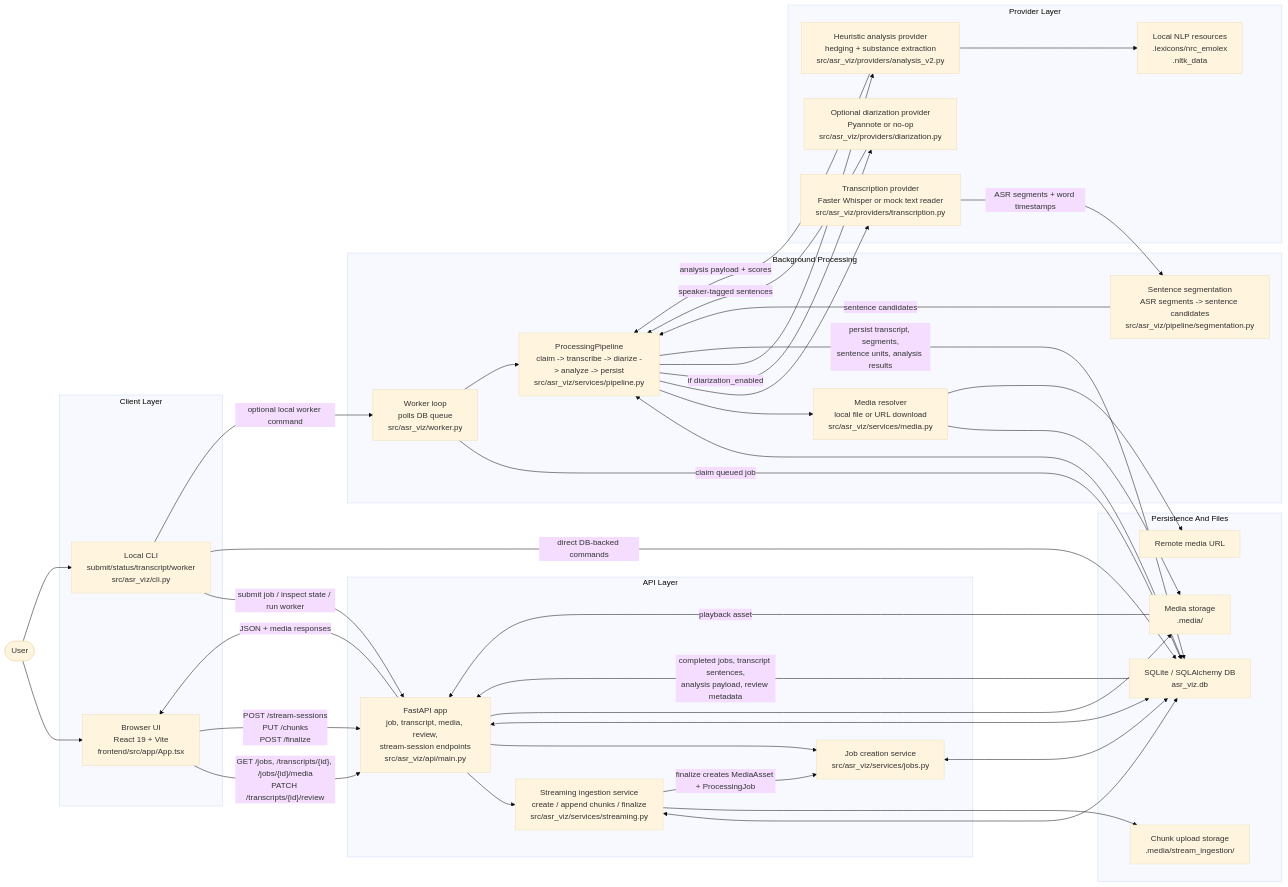
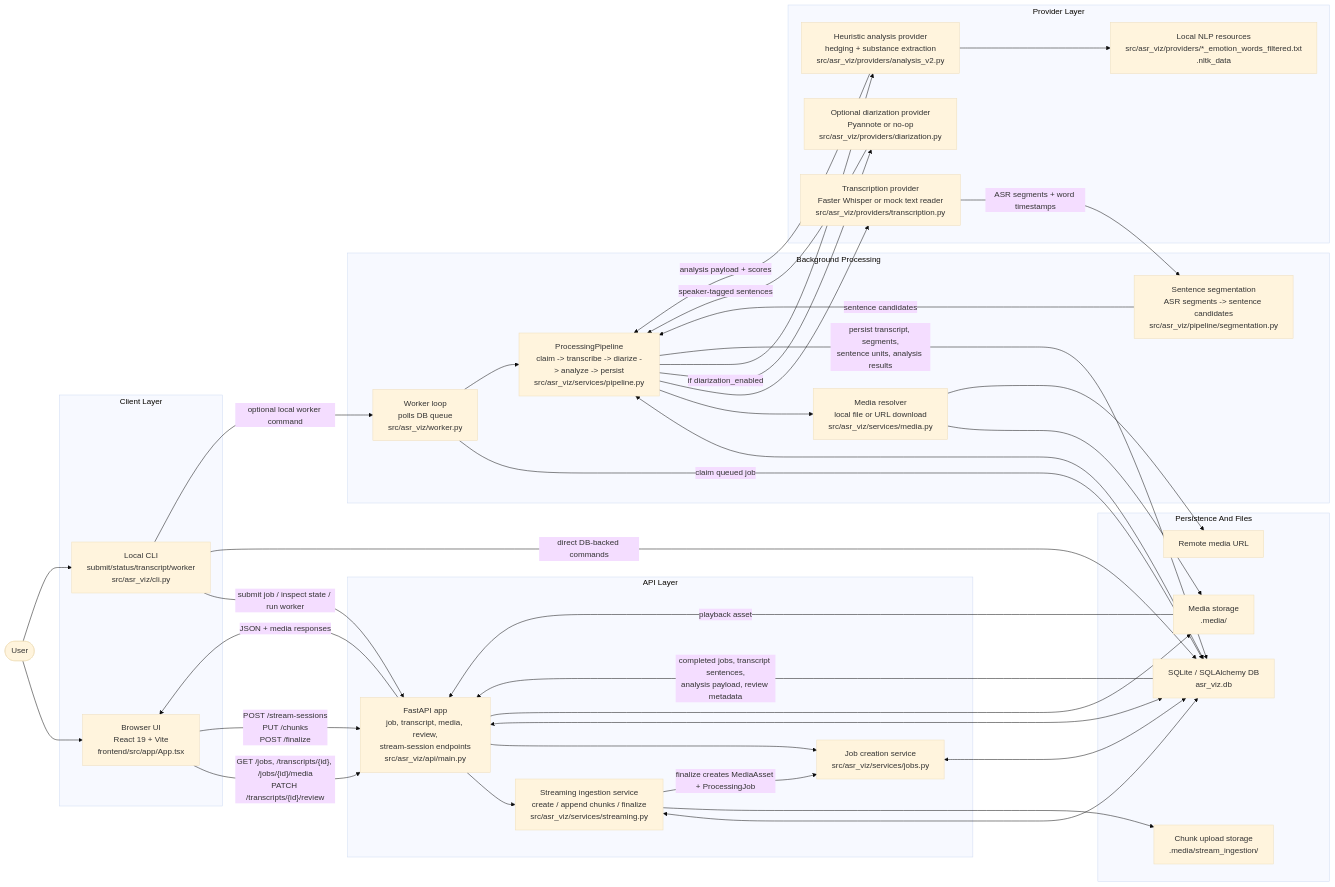
One commit to jinnie75/speech_depth changed the first of 2 diagrams in docs/system-architecture.md. Above: the diagram before and after it, drawn with Mermaid (base theme). The commit also changed 10 other files, not shown here.

````diff
--- a/docs/system-architecture.md
+++ b/docs/system-architecture.md
@@ -7,80 +7,80 @@
 ```mermaid
 flowchart LR
     user([User])
 
     subgraph client["Client Layer"]
         browser["Browser UI<br/>React 19 + Vite<br/>frontend/src/app/App.tsx"]
         cli["Local CLI<br/>submit/status/transcript/worker<br/>src/asr_viz/cli.py"]
     end
 
     subgraph api["API Layer"]
         fastapi["FastAPI app<br/>job, transcript, media, review,<br/>stream-session endpoints<br/>src/asr_viz/api/main.py"]
         streamsvc["Streaming ingestion service<br/>create / append chunks / finalize<br/>src/asr_viz/services/streaming.py"]
         jobsvc["Job creation service<br/>src/asr_viz/services/jobs.py"]
     end
 
     subgraph worker["Background Processing"]
         workerloop["Worker loop<br/>polls DB queue<br/>src/asr_viz/worker.py"]
         pipeline["ProcessingPipeline<br/>claim -> transcribe -> diarize -> analyze -> persist<br/>src/asr_viz/services/pipeline.py"]
         mediasvc["Media resolver<br/>local file or URL download<br/>src/asr_viz/services/media.py"]
         segmenter["Sentence segmentation<br/>ASR segments -> sentence candidates<br/>src/asr_viz/pipeline/segmentation.py"]
     end
 
     subgraph providers["Provider Layer"]
         whisper["Transcription provider<br/>Faster Whisper or mock text reader<br/>src/asr_viz/providers/transcription.py"]
         pyannote["Optional diarization provider<br/>Pyannote or no-op<br/>src/asr_viz/providers/diarization.py"]
         analysis["Heuristic analysis provider<br/>hedging + substance extraction<br/>src/asr_viz/providers/analysis_v2.py"]
-        lexicons["Local NLP resources<br/>.lexicons/nrc_emolex<br/>.nltk_data"]
+        lexicons["Local NLP resources<br/>src/asr_viz/providers/*_emotion_words_filtered.txt<br/>.nltk_data"]
     end
 
     subgraph storage["Persistence And Files"]
         db["SQLite / SQLAlchemy DB<br/>asr_viz.db"]
         media["Media storage<br/>.media/"]
         streamfiles["Chunk upload storage<br/>.media/stream_ingestion/"]
         remote["Remote media URL"]
     end
 
     user --> browser
     user --> cli
 
     browser -->|"GET /jobs, /transcripts/{id}, /jobs/{id}/media<br/>PATCH /transcripts/{id}/review"| fastapi
     browser -->|"POST /stream-sessions<br/>PUT /chunks<br/>POST /finalize"| fastapi
     cli -->|"submit job / inspect state / run worker"| fastapi
     cli -->|"direct DB-backed commands"| db
     cli -->|"optional local worker command"| workerloop
 
     fastapi --> streamsvc
     fastapi --> jobsvc
     fastapi <--> db
     fastapi --> media
 
     streamsvc <--> db
     streamsvc --> streamfiles
     streamsvc -->|"finalize creates MediaAsset + ProcessingJob"| jobsvc
 
     jobsvc <--> db
 
     workerloop -->|"claim queued job"| db
     workerloop --> pipeline
     pipeline <--> db
     pipeline --> mediasvc
     mediasvc --> media
     mediasvc --> remote
 
     pipeline --> whisper
     whisper -->|"ASR segments + word timestamps"| segmenter
     segmenter -->|"sentence candidates"| pipeline
 
     pipeline -->|"if diarization_enabled"| pyannote
     pyannote -->|"speaker-tagged sentences"| pipeline
 
     pipeline --> analysis
     analysis --> lexicons
     analysis -->|"analysis payload + scores"| pipeline
 
     pipeline -->|"persist transcript, segments,<br/>sentence units, analysis results"| db
 
     db -->|"completed jobs, transcript sentences,<br/>analysis payload, review metadata"| fastapi
     media -->|"playback asset"| fastapi
     fastapi -->|"JSON + media responses"| browser
 ```
````
